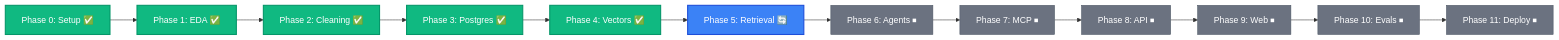
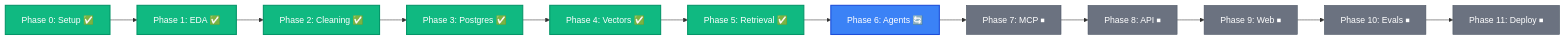
One commit to iar01/nutrition-and-food-label-analyzer changed the third of 3 diagrams in README.md. Above: the diagram before and after it, drawn with Mermaid. The commit also changed other lines of this file and 41 other files, not shown here.

Commit message:
feat(retrieval): complete Phase 5 hybrid RRF, reranking, multimodal router, and resolve CI lint/type checks

````diff
--- a/README.md
+++ b/README.md
@@ -54,22 +54,22 @@
 ```mermaid
 flowchart LR
     P0["Phase 0: Setup ✅"] --> P1["Phase 1: EDA ✅"]
     P1 --> P2["Phase 2: Cleaning ✅"]
     P2 --> P3["Phase 3: Postgres ✅"]
     P3 --> P4["Phase 4: Vectors ✅"]
-    P4 --> P5["Phase 5: Retrieval 🔄"]
-    P5 --> P6["Phase 6: Agents ⏹"]
+    P4 --> P5["Phase 5: Retrieval ✅"]
+    P5 --> P6["Phase 6: Agents 🔄"]
     P6 --> P7["Phase 7: MCP ⏹"]
     P7 --> P8["Phase 8: API ⏹"]
     P8 --> P9["Phase 9: Web ⏹"]
     P9 --> P10["Phase 10: Evals ⏹"]
     P10 --> P11["Phase 11: Deploy ⏹"]
 
     classDef done fill:#10b981,stroke:#059669,stroke-width:2px,color:#fff;
     classDef current fill:#3b82f6,stroke:#1d4ed8,stroke-width:2px,color:#fff;
     classDef pending fill:#6b7280,stroke:#4b5563,stroke-width:1px,color:#fff;
 
-    class P0,P1,P2,P3,P4 done;
-    class P5 current;
-    class P6,P7,P8,P9,P10,P11 pending;
+    class P0,P1,P2,P3,P4,P5 done;
+    class P6 current;
+    class P7,P8,P9,P10,P11 pending;
 ```
````
